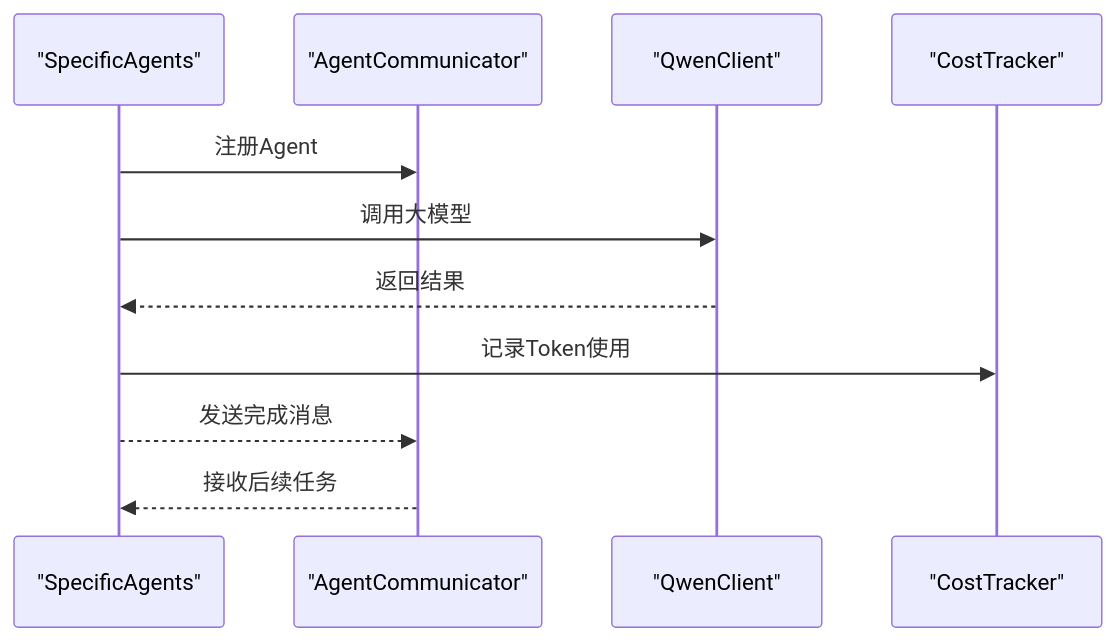
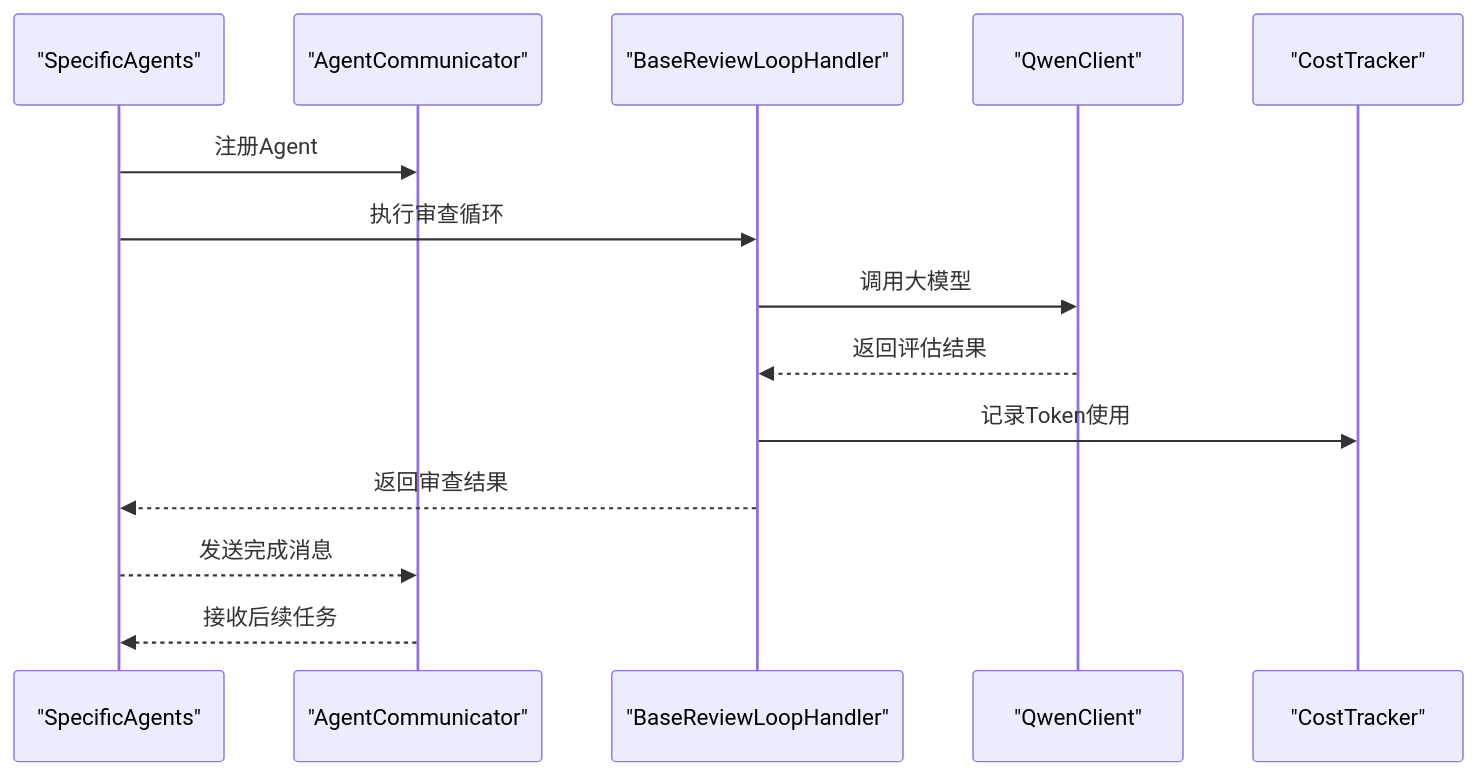
The second of 10 diagrams in .qoder/repowiki/zh/content/AI智能体系统/AI智能体系统.md (xfbyxq/ai-novel-system), drawn with Mermaid before and after one commit. The commit also changed other lines of this file and 10 other files, not shown here.

````diff
--- a/.qoder/repowiki/zh/content/AI智能体系统/AI智能体系统.md
+++ b/.qoder/repowiki/zh/content/AI智能体系统/AI智能体系统.md
@@ -113,13 +164,16 @@
 ```mermaid
 sequenceDiagram
 participant Agent as "SpecificAgents"
 participant Comm as "AgentCommunicator"
+participant Base as "BaseReviewLoopHandler"
 participant Qwen as "QwenClient"
 participant Tracker as "CostTracker"
 Agent->>Comm : 注册Agent
-Agent->>Qwen : 调用大模型
-Qwen-->>Agent : 返回结果
-Agent->>Tracker : 记录Token使用
+Agent->>Base : 执行审查循环
+Base->>Qwen : 调用大模型
+Qwen-->>Base : 返回评估结果
+Base->>Tracker : 记录Token使用
+Base-->>Agent : 返回审查结果
 Agent-->>Comm : 发送完成消息
 Comm-->>Agent : 接收后续任务
 ```
````
